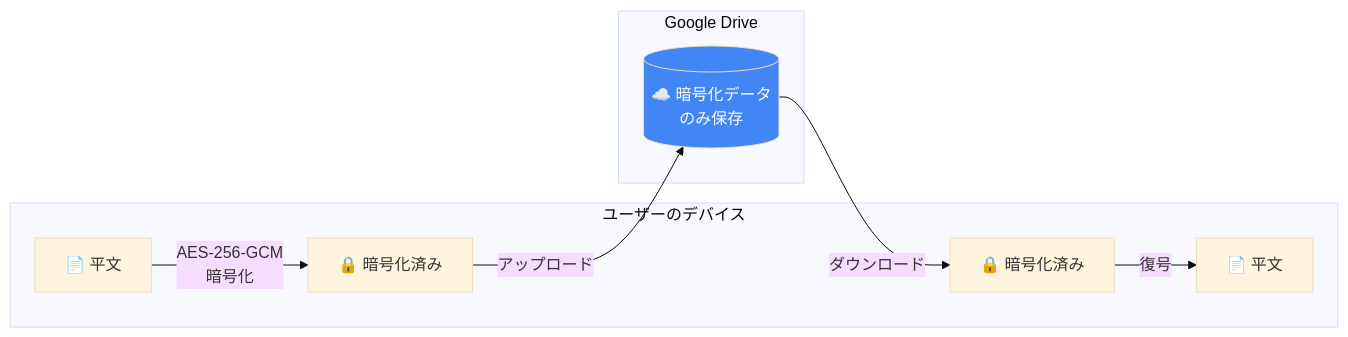
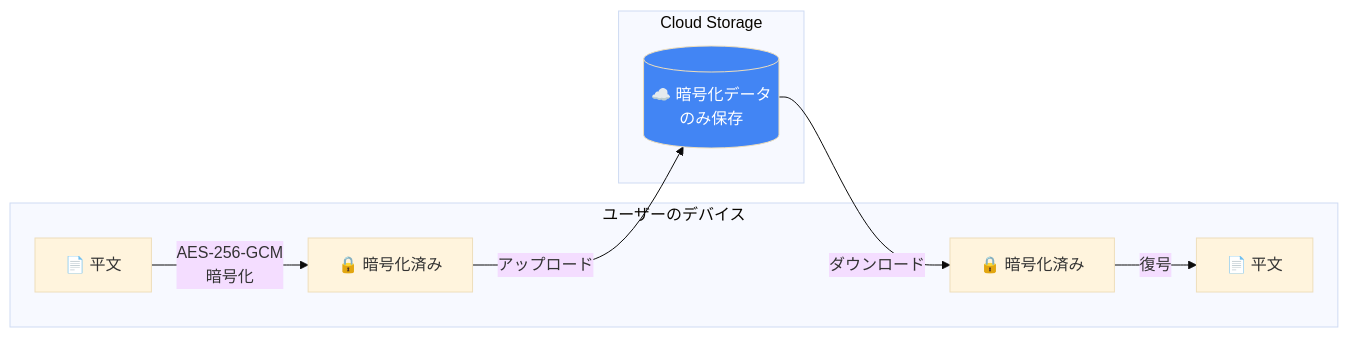
The fourth of 4 diagrams in README_ja.md (c-ardinal/obsidian-vault-sync), drawn with Mermaid (base theme) before and after one commit. The commit also changed other lines of this file and 1 other file, not shown here.

````diff
--- a/README_ja.md
+++ b/README_ja.md
@@ -166,20 +174,20 @@
 ```mermaid
 flowchart LR
     subgraph "ユーザーのデバイス"
         A["📄 平文"]
         B["🔒 暗号化済み"]
         D["🔒 暗号化済み"]
         E["📄 平文"]
     end
 
-    subgraph "Google Drive"
+    subgraph "Cloud Storage"
         C[("☁️ 暗号化データ<br/>のみ保存")]
     end
 
     A -->|"AES-256-GCM<br/>暗号化"| B
     B -->|"アップロード"| C
     C -->|"ダウンロード"| D
     D -->|"復号"| E
 
     style C fill:#4285F4,color:#fff
 ```
````
